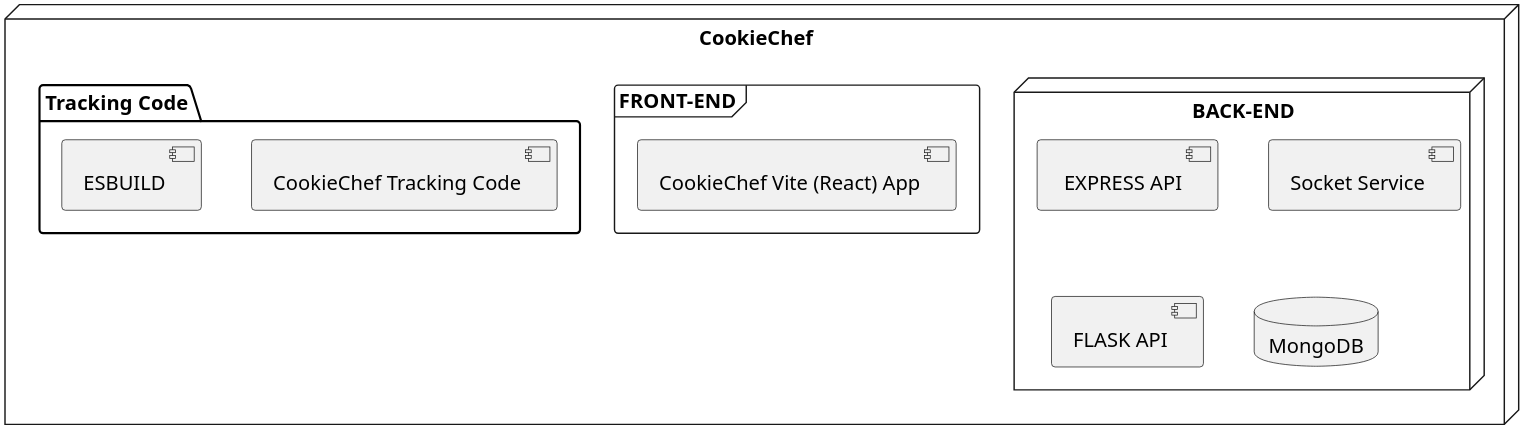
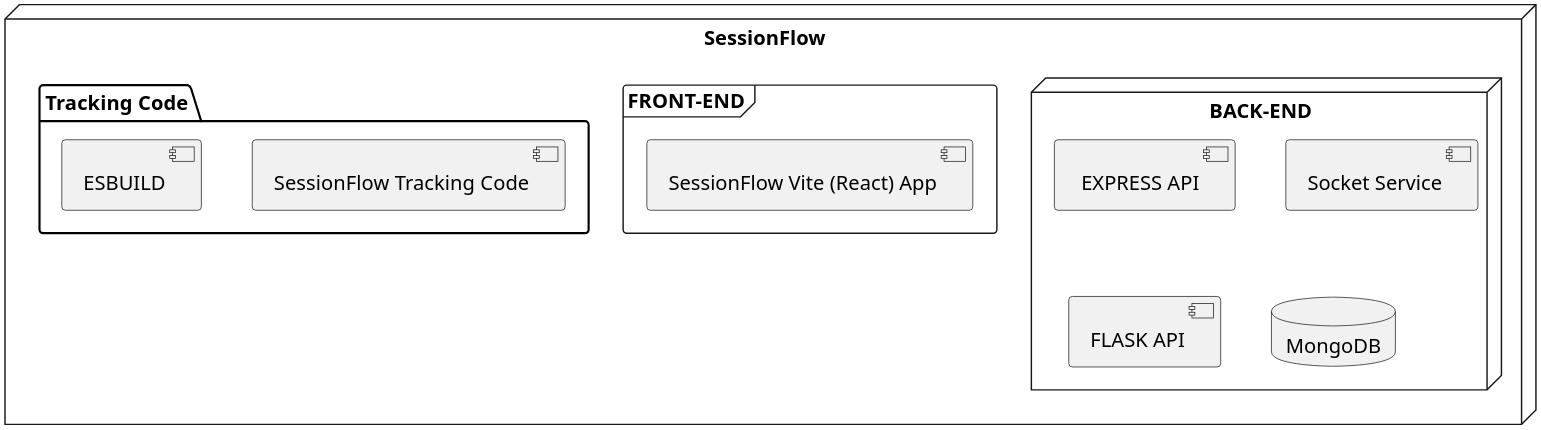
One commit to HyoAkira/sessionflow changed the first of 2 diagrams in plantuml/sunu.puml. Above: the diagram before and after it, drawn with PlantUML. The commit also changed 18 other files, not shown here.

```diff
--- a/plantuml/sunu.puml
+++ b/plantuml/sunu.puml
@@ -1,24 +1,24 @@
 @startuml "Software Structure"
 
 skinparam dpi 300
 
 
-node "CookieChef" {
+node "SessionFlow" {
 
 node "BACK-END" {
     [ EXPRESS API]
         [Socket Service]
         [FLASK API]
     database "MongoDB"
 }
 frame "FRONT-END" {
-        [CookieChef Vite (React) App]
+        [SessionFlow Vite (React) App]
 }
 node "Tracking Code" {
  folder "Tracking Code" {
-        [CookieChef Tracking Code]
+        [SessionFlow Tracking Code]
         [ESBUILD]
     }
 }
 }
 @enduml
```
